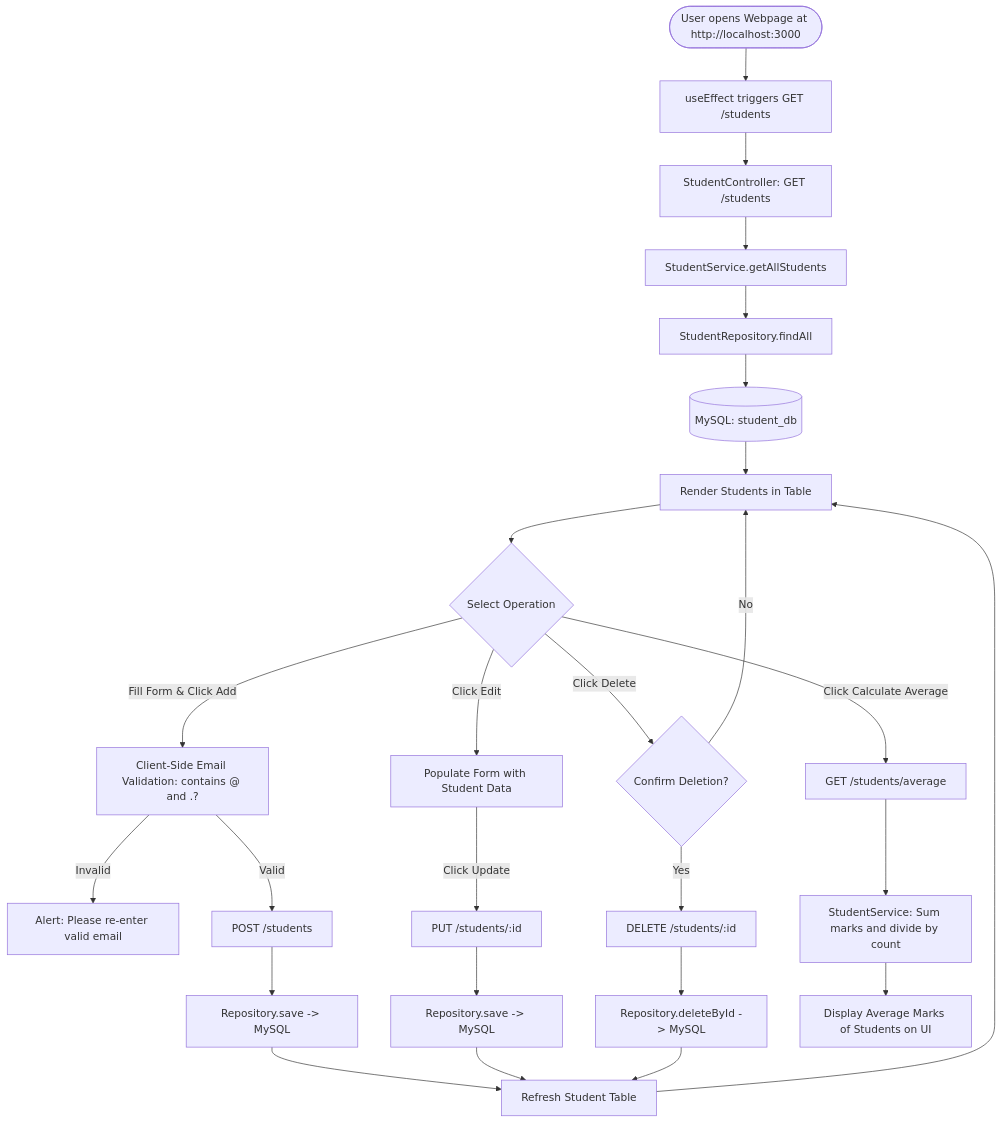
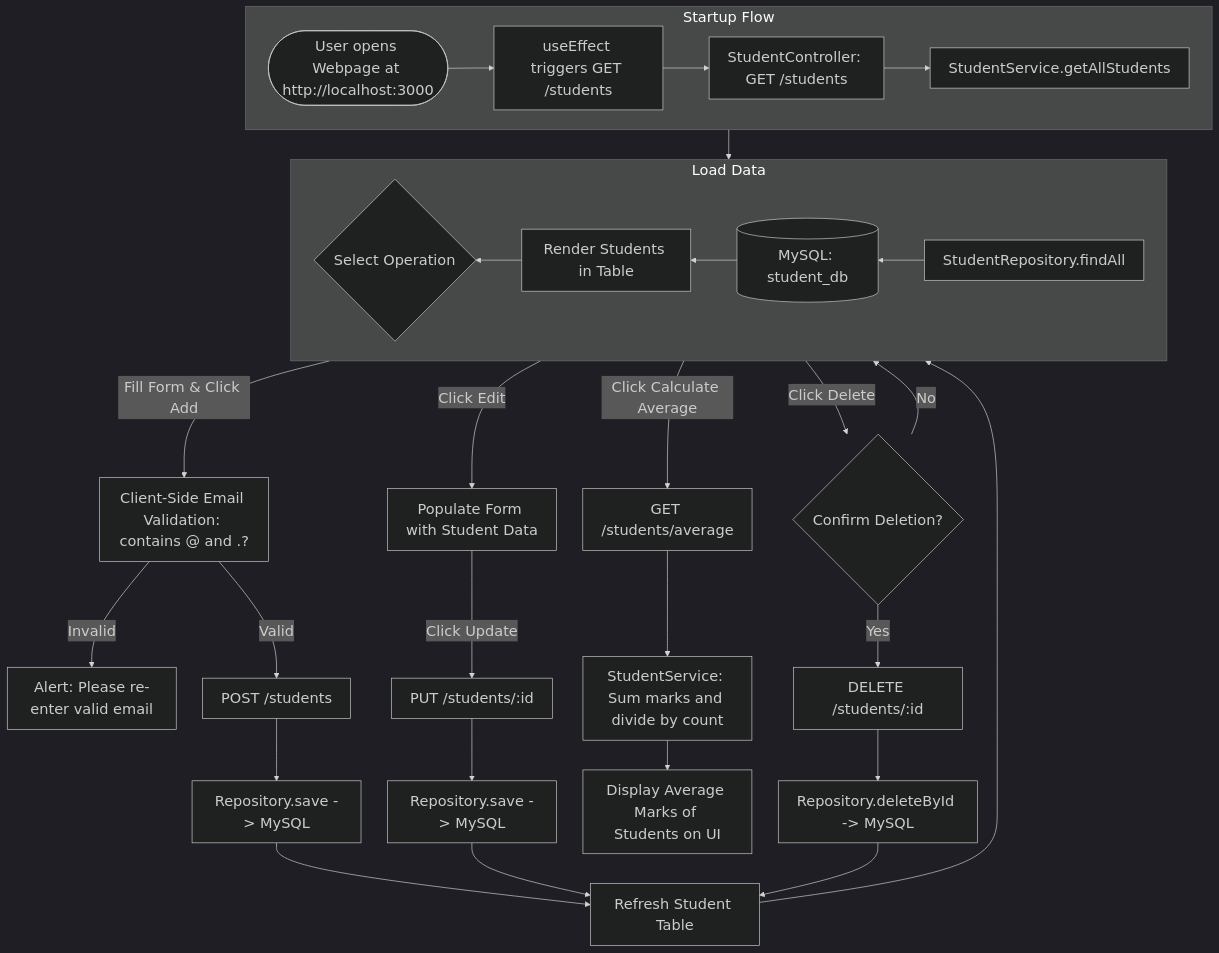
The first of 2 diagrams in README.md (Abek1278/student_managment_system), drawn with Mermaid before and after one commit.

Commit message:
Update flowchart structure in README
Refactor flowchart to improve clarity and organization.

````diff
--- a/README.md
+++ b/README.md
@@ -64,34 +64,40 @@
 ```mermaid
+%%{init: {"theme":"dark","themeVariables":{"fontSize":"22px"},"flowchart":{"nodeSpacing":40,"rankSpacing":45,"padding":14}}}%%
 flowchart TD
-    Start([User opens Webpage at http://localhost:3000]) --> Load[useEffect triggers GET /students]
-    Load --> SpringController[StudentController: GET /students]
-    SpringController --> SpringService[StudentService.getAllStudents]
-    SpringService --> SpringRepo[StudentRepository.findAll]
-    SpringRepo --> DB[(MySQL: student_db)]
-    DB --> Render[Render Students in Table]
-
-    Render --> UserChoice{Select Operation}
+    subgraph ROW1[Startup Flow]
+        direction LR
+        Start([User opens Webpage at http://localhost:3000]) --> Load[useEffect triggers GET /students]
+        Load --> SpringController[StudentController: GET /students]
+        SpringController --> SpringService[StudentService.getAllStudents]
+    end
+    subgraph ROW2[Load Data]
+        direction RL
+        SpringRepo[StudentRepository.findAll] --> DB[(MySQL: student_db)]
+        DB --> Render[Render Students in Table]
+        Render --> UserChoice{Select Operation}
+    end
+    SpringService --> SpringRepo
 
     UserChoice -- "Fill Form & Click Add" --> Validate[Client-Side Email Validation: contains @ and .?]
     Validate -- "Invalid" --> Alert[Alert: Please re-enter valid email]
     Validate -- "Valid" --> PostReq[POST /students]
     PostReq --> SaveDB[Repository.save -> MySQL]
     SaveDB --> Refresh[Refresh Student Table]
 
     UserChoice -- "Click Edit" --> PopulateForm[Populate Form with Student Data]
     PopulateForm -- "Click Update" --> PutReq[PUT /students/:id]
     PutReq --> UpdateDB[Repository.save -> MySQL]
     UpdateDB --> Refresh
 
+    UserChoice -- "Click Calculate Average" --> GetAverage[GET /students/average]
+    GetAverage --> ServiceCalc[StudentService: Sum marks and divide by count]
+    ServiceCalc --> ShowAverage[Display Average Marks of Students on UI]
+
     UserChoice -- "Click Delete" --> ConfirmDel{Confirm Deletion?}
     ConfirmDel -- "Yes" --> DeleteReq[DELETE /students/:id]
     DeleteReq --> DeleteDB[Repository.deleteById -> MySQL]
     DeleteDB --> Refresh
     ConfirmDel -- "No" --> Render
 
-    UserChoice -- "Click Calculate Average" --> GetAverage[GET /students/average]
-    GetAverage --> ServiceCalc[StudentService: Sum marks and divide by count]
-    ServiceCalc --> ShowAverage[Display Average Marks of Students on UI]
-
     Refresh --> Render
 ```
````
